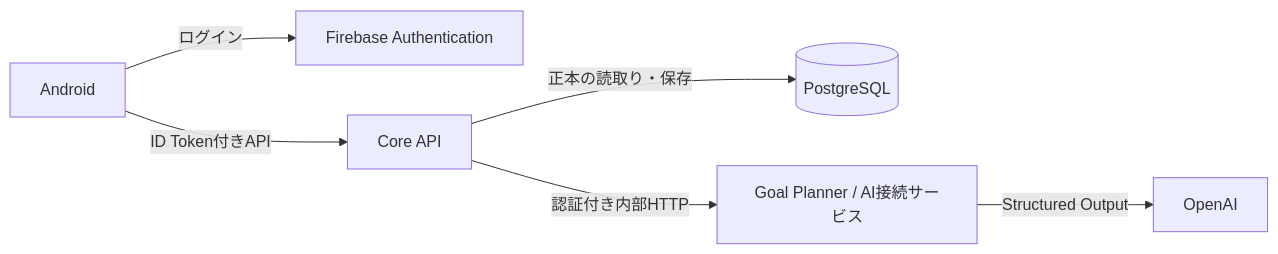
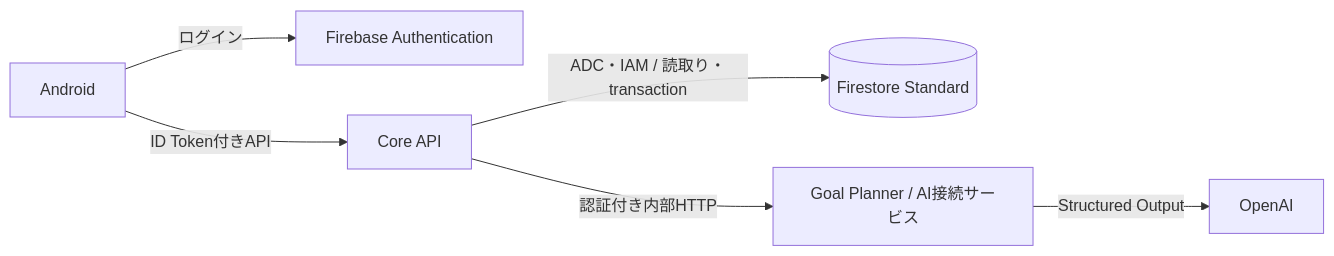
Before and after one commit to Yoshiki-Takahashi/life_agent: the diagram in docs/system-architecture.md, drawn with Mermaid. The commit also changed other lines of this file and 66 other files, not shown here.

Commit message:
Replace Core API SQL persistence with Firestore Standard

````diff
--- a/docs/system-architecture.md
+++ b/docs/system-architecture.md
@@ -5,8 +5,8 @@
 ```mermaid
 flowchart LR
     App[Android] -->|ログイン| Auth[Firebase Authentication]
     App -->|ID Token付きAPI| Core[Core API]
-    Core -->|正本の読取り・保存| DB[(PostgreSQL)]
+    Core -->|ADC・IAM / 読取り・transaction| DB[(Firestore Standard)]
     Core -->|認証付き内部HTTP| AI[Goal Planner / AI接続サービス]
     AI -->|Structured Output| Provider[OpenAI]
 ```
````
